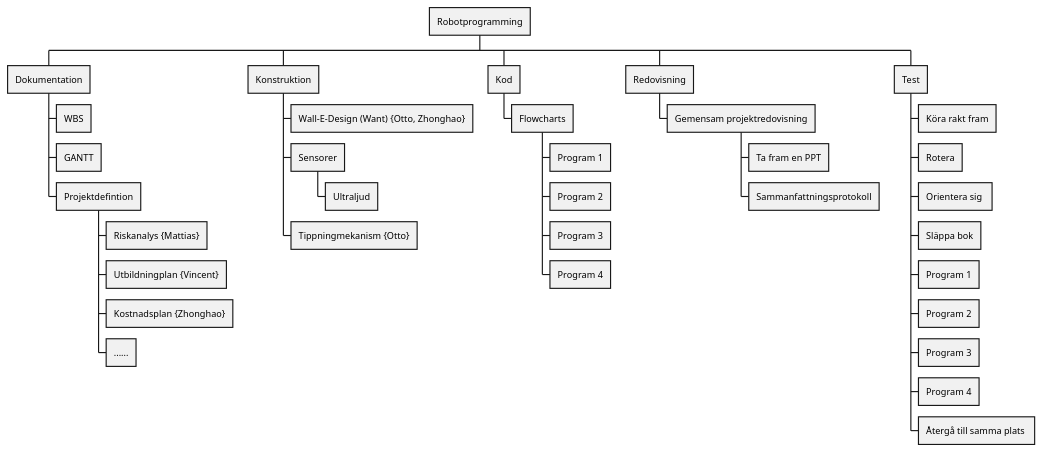
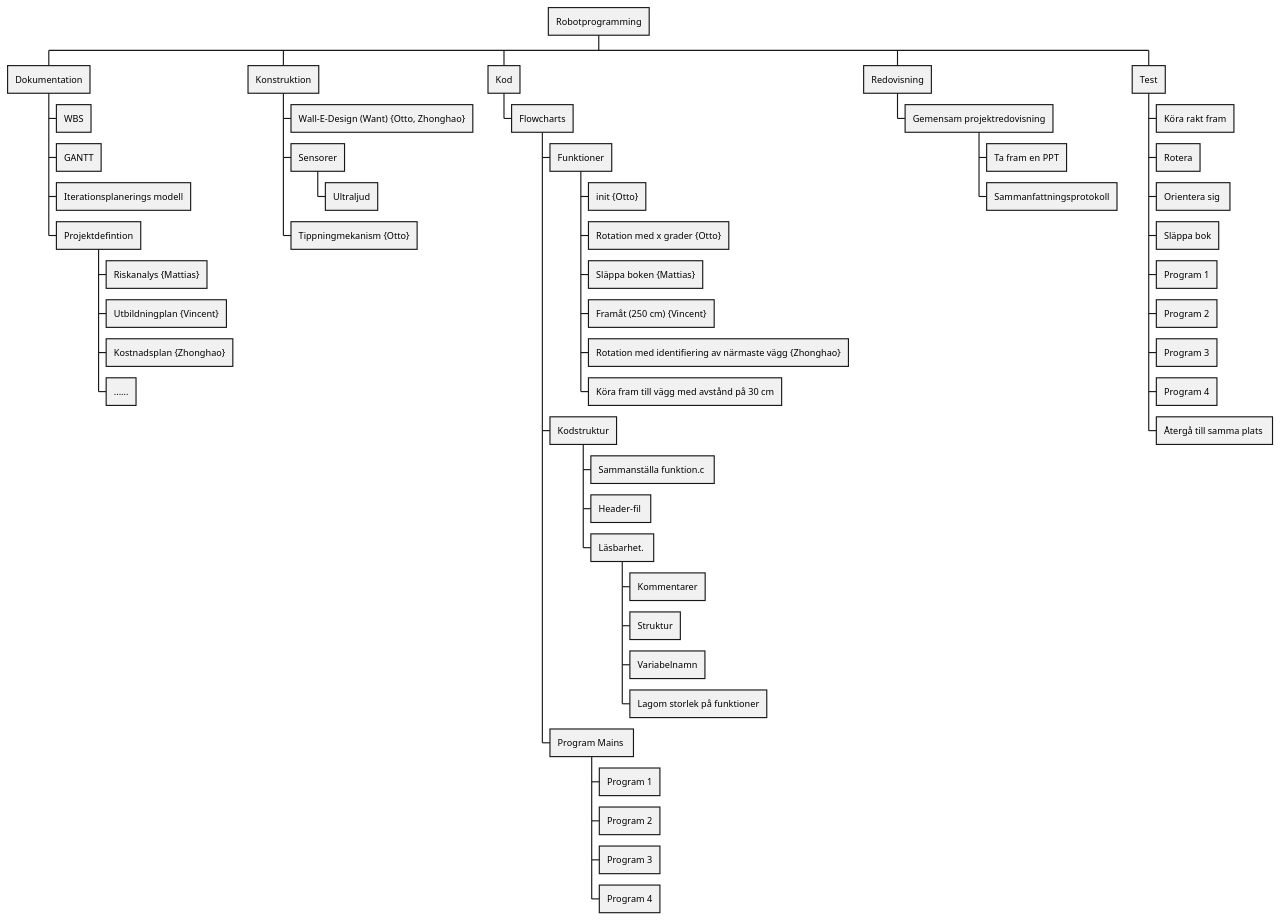
Before and after one commit to MattiasLindgren278/robot_project_18: the diagram in PlantUML/wbs.puml, drawn with PlantUML. The commit also changed 1 other file, not shown here.

```diff
--- a/PlantUML/wbs.puml
+++ b/PlantUML/wbs.puml
@@ -1,40 +1,57 @@
 @startwbs
 * Robotprogramming
 ** Dokumentation
 *** WBS
 *** GANTT
+*** Iterationsplanerings modell
 *** Projektdefintion
 **** Riskanalys {Mattias}
 **** Utbildningplan {Vincent}
 **** Kostnadsplan {Zhonghao}
 **** ......
 ** Konstruktion
 *** Wall-E-Design (Want) {Otto, Zhonghao}
 *** Sensorer
 **** Ultraljud
 *** Tippningmekanism {Otto}
 ** Kod
 *** Flowcharts
-**** Program 1
-**** Program 2
-**** Program 3
-**** Program 4
+**** Funktioner
+***** init {Otto}
+***** Rotation med x grader {Otto}
+***** Släppa boken {Mattias}
+***** Framåt (250 cm) {Vincent}
+***** Rotation med identifiering av närmaste vägg {Zhonghao}
+***** Köra fram till vägg med avstånd på 30 cm
+**** Kodstruktur
+***** Sammanställa funktion.c 
+***** Header-fil 
+***** Läsbarhet. 
+****** Kommentarer
+****** Struktur
+****** Variabelnamn
+****** Lagom storlek på funktioner
+**** Program Mains 
+***** Program 1
+***** Program 2
+***** Program 3
+***** Program 4
 ** Redovisning
 *** Gemensam projektredovisning
 ' note bottom
 ' Alla skall hålla den enskilt (7 min)
 ' end note 
 **** Ta fram en PPT
 **** Sammanfattningsprotokoll
 
 ** Test
 *** Köra rakt fram
 *** Rotera
 *** Orientera sig 
 *** Släppa bok
 *** Program 1
 *** Program 2
 *** Program 3
 *** Program 4
 *** Återgå till samma plats 
 @endwbs
```
